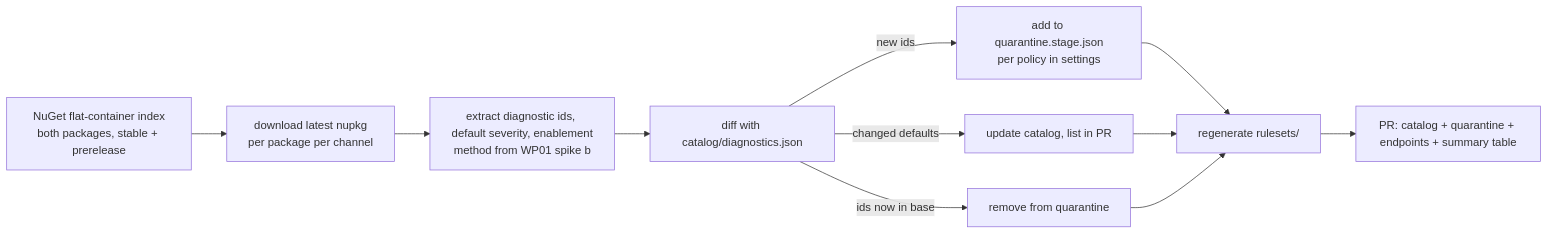
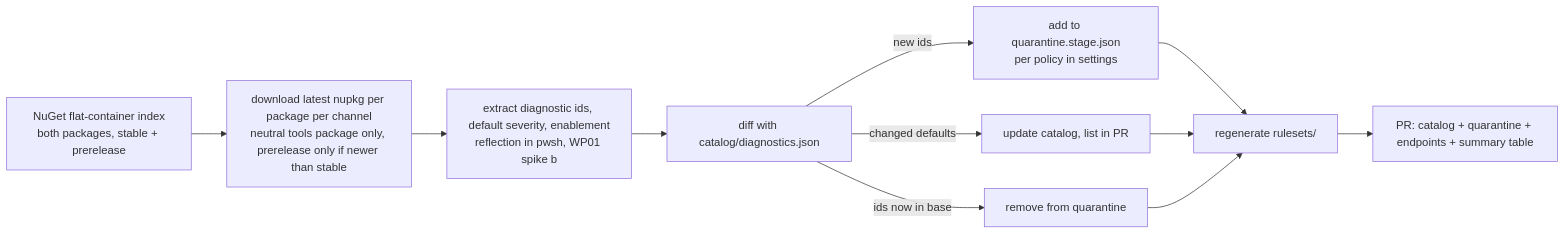
Before and after one commit to ALCops/rulebook-engine: the fourth of 5 diagrams in docs/ARCHITECTURE.md, drawn with Mermaid. The commit also changed other lines of this file and 2 other files, not shown here.

Commit message:
Spike (b): analyzer ids are extracted by reflection in pwsh from tools/net10.0/any and lib/net10.0
WP08 extracts diagnostic ids by reflection in pwsh: Microsoft.Dynamics.Nav.CodeAnalysis.dll and the four Microsoft cops from tools/<tfm>/any/ of the Development.Tools package, the seven ALCops cops from lib/<tfm>/ of ALCops.Analyzers, same <tfm> for both (the highest not newer than the pwsh runtime, net10.0 on ubuntu-latest today), one pwsh process per package version, an AssemblyResolve handler, never lib/netstandard2.1. It finds 618 of the 628 inventory ids with identical default severity and enablement; the other 10 are unadvertised (AS0141, six XX0000) or unreleased (AC0033, AC0034, TA0002). Stable and prerelease ship the same analyzers; the .Linux package is byte-identical and can be ignored. No machine-readable rule list exists on alcops.dev or Microsoft Learn.

Result: docs/reference/spikes/b-analyzer-dll-extraction.md; ARCHITECTURE §7.4 and ADR 0009 link it.
Review: Sonnet code review at effort high before the PR, eleven findings fixed.

Closes #20

````diff
--- a/docs/ARCHITECTURE.md
+++ b/docs/ARCHITECTURE.md
@@ -281,11 +281,11 @@
 ```mermaid
 flowchart LR
-    idx[NuGet flat-container index<br/>both packages, stable + prerelease] --> dl[download latest nupkg<br/>per package per channel]
-    dl --> ex[extract diagnostic ids, default severity, enablement<br/>method from WP01 spike b]
+    idx[NuGet flat-container index<br/>both packages, stable + prerelease] --> dl[download latest nupkg per package per channel<br/>neutral tools package only, prerelease only if newer than stable]
+    dl --> ex[extract diagnostic ids, default severity, enablement<br/>reflection in pwsh, WP01 spike b]
     ex --> diff[diff with catalog/diagnostics.json]
     diff -->|new ids| q[add to quarantine.stage.json<br/>per policy in settings]
     diff -->|changed defaults| dd[update catalog, list in PR]
     diff -->|ids now in base| hk[remove from quarantine]
     q & dd & hk --> gen[regenerate rulesets/]
     gen --> pr[PR: catalog + quarantine + endpoints + summary table]
 ```
````
